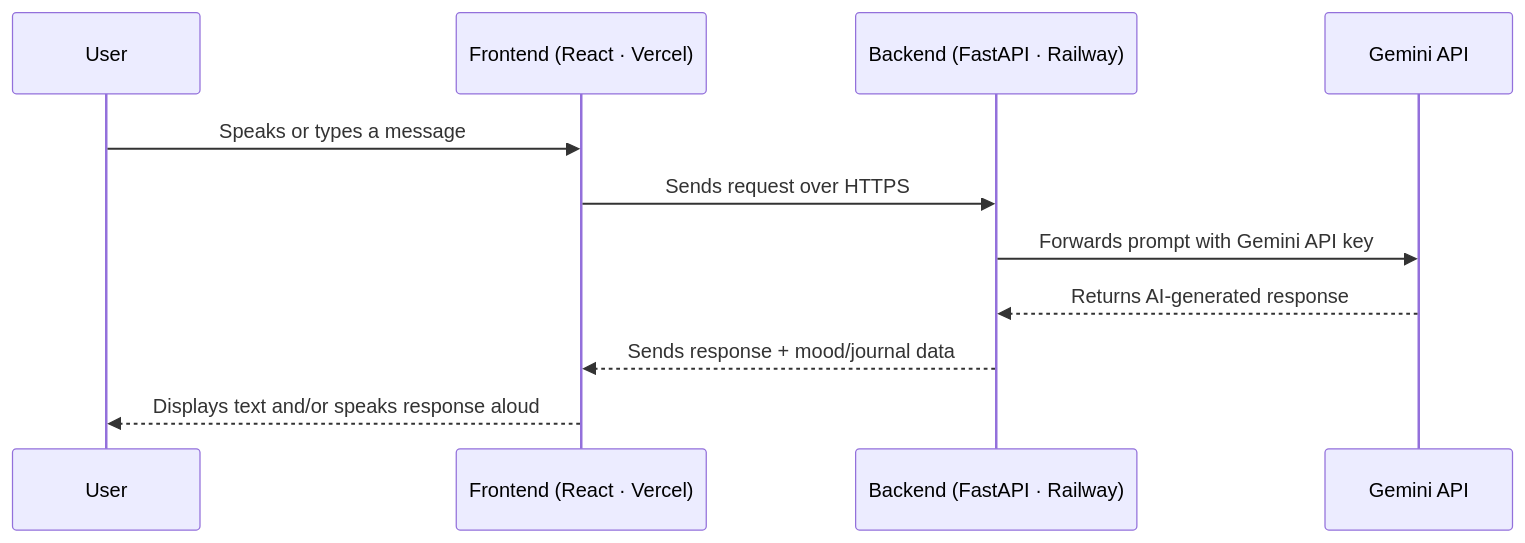
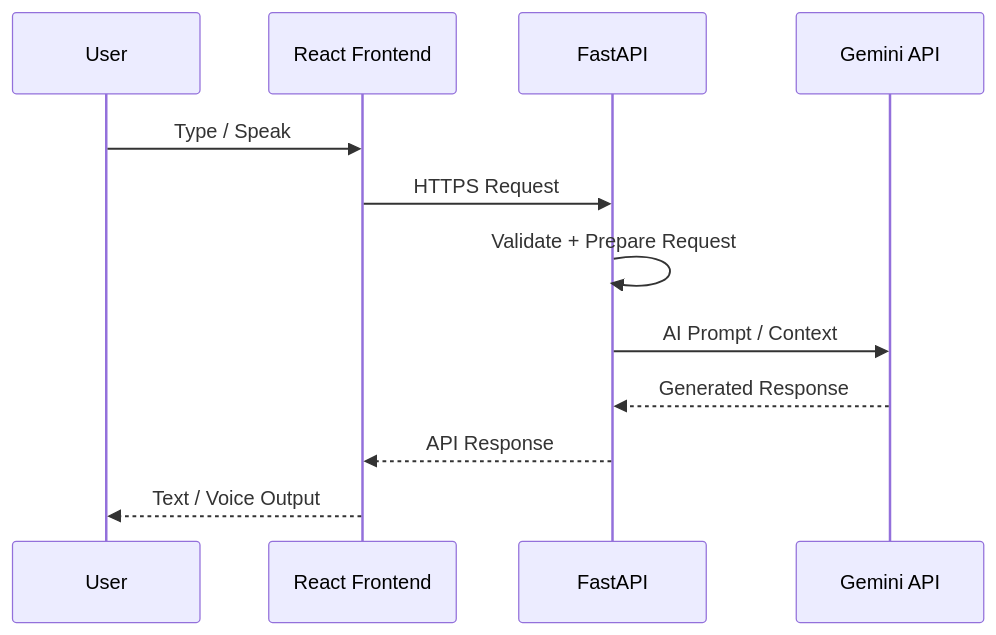
Before and after one commit to Abhiraj-tech-7/MindSphere: the third of 3 diagrams in README.md, drawn with Mermaid. The commit also changed other lines of this file, not shown here.

````diff
--- a/README.md
+++ b/README.md
@@ -86,14 +232,16 @@
 ```mermaid
 sequenceDiagram
+
     participant U as User
-    participant F as Frontend (React · Vercel)
-    participant B as Backend (FastAPI · Railway)
+    participant R as React Frontend
+    participant F as FastAPI
     participant G as Gemini API
 
-    U->>F: Speaks or types a message
-    F->>B: Sends request over HTTPS
-    B->>G: Forwards prompt with Gemini API key
-    G-->>B: Returns AI-generated response
-    B-->>F: Sends response + mood/journal data
-    F-->>U: Displays text and/or speaks response aloud
+    U->>R: Type / Speak
+    R->>F: HTTPS Request
+    F->>F: Validate + Prepare Request
+    F->>G: AI Prompt / Context
+    G-->>F: Generated Response
+    F-->>R: API Response
+    R-->>U: Text / Voice Output
 ```
````
